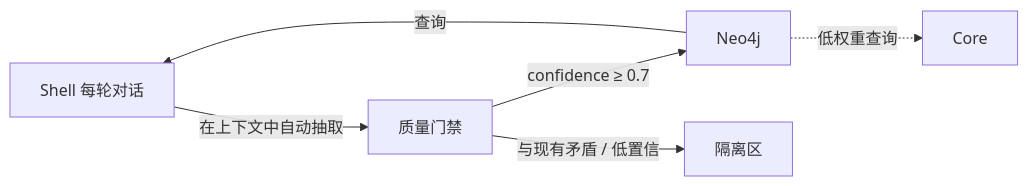
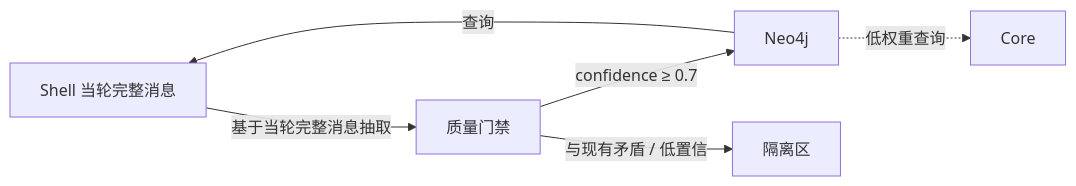
The second of 4 diagrams in doc/Multi Agent Target Architecturev2.1.md (Yidhar/Embla_System), drawn with Mermaid before and after one commit. The commit also changed other lines of this file and 64 other files, not shown here.

Commit message:
docs(repo): refresh Embla architecture and handoff notes

````diff
--- a/doc/Multi Agent Target Architecturev2.1.md
+++ b/doc/Multi Agent Target Architecturev2.1.md
@@ -139,8 +139,8 @@
 ```mermaid
 graph LR
-    SHELL["Shell 每轮对话"] -->|"在上下文中自动抽取"| GATE["质量门禁"]
+    SHELL["Shell 当轮完整消息"] -->|"基于当轮完整消息抽取"| GATE["质量门禁"]
     GATE -->|"confidence ≥ 0.7"| NEO4J["Neo4j"]
     GATE -->|"与现有矛盾 / 低置信"| QUARANTINE["隔离区"]
     NEO4J -->|"查询"| SHELL
     NEO4J -.->|"低权重查询"| CORE["Core"]
 ```
````
